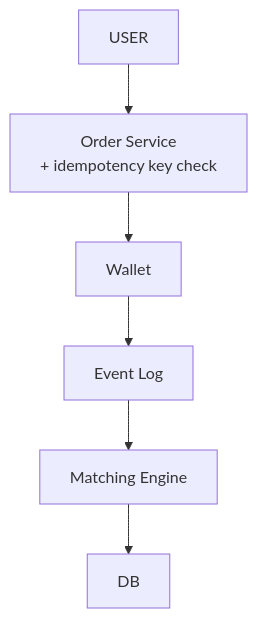
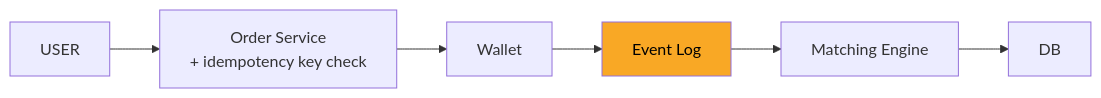
The sixth of 10 diagrams in 04_HLD/SYSTEM_DESIGNS/05_stock_broker_trading/05_stock_broker_trading.md (ArpanMaheshwari144/Prep), drawn with Mermaid before and after one commit. The commit also changed other lines of this file, not shown here.

Commit message:
stock: diagrams left to right, new box highlighted

````diff
--- a/04_HLD/SYSTEM_DESIGNS/05_stock_broker_trading/05_stock_broker_trading.md
+++ b/04_HLD/SYSTEM_DESIGNS/05_stock_broker_trading/05_stock_broker_trading.md
@@ -248,14 +253,15 @@
 ```mermaid
-flowchart TD
+flowchart LR
     n_USER["USER"]
     n_Order_Service["Order Service<br/>+ idempotency key check"]
     n_Wallet["Wallet"]
     n_Event_Log["Event Log"]
     n_Matching_Engine["Matching Engine"]
     n_DB["DB"]
     n_USER --> n_Order_Service
     n_Order_Service --> n_Wallet
     n_Wallet --> n_Event_Log
     n_Event_Log --> n_Matching_Engine
     n_Matching_Engine --> n_DB
+    style n_Event_Log fill:#f9a825,color:#000
 ```
````
